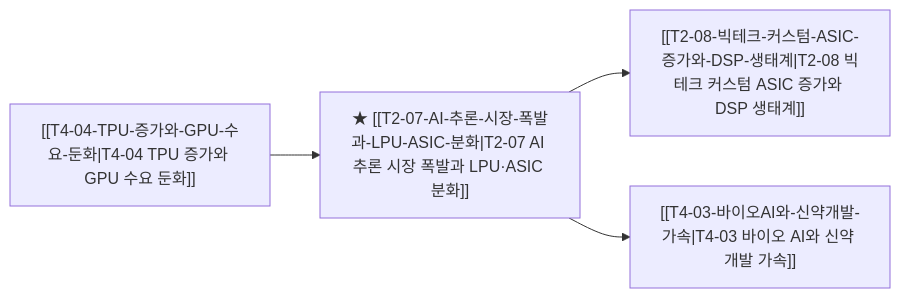
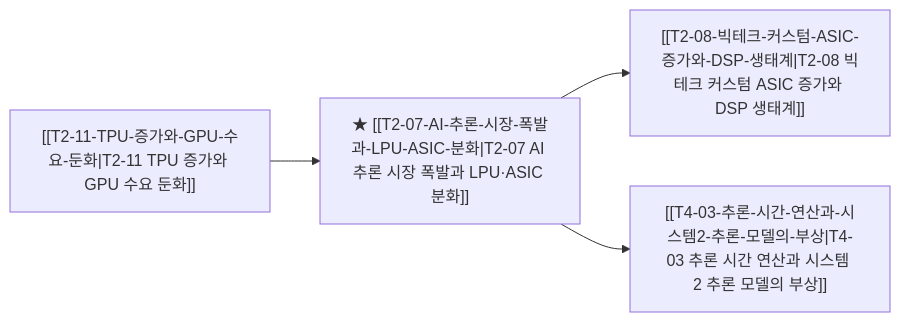
The diagram in thesis/T2-07-AI-추론-시장-폭발과-LPU-ASIC-분화.md (zoofighter/b_0901_Argus_pulse), drawn with Mermaid before and after one commit. The commit also changed other lines of this file and 94 other files, not shown here.

````diff
--- a/thesis/T2-07-AI-추론-시장-폭발과-LPU-ASIC-분화.md
+++ b/thesis/T2-07-AI-추론-시장-폭발과-LPU-ASIC-분화.md
@@ -71,6 +72,6 @@
 ```mermaid
 graph LR
-    P_T_06["[[T4-04-TPU-증가와-GPU-수요-둔화|T4-04 TPU 증가와 GPU 수요 둔화]]"] --> T_T_15["★ [[T2-07-AI-추론-시장-폭발과-LPU-ASIC-분화|T2-07 AI 추론 시장 폭발과 LPU·ASIC 분화]]"]
+    P_T_06["[[T2-11-TPU-증가와-GPU-수요-둔화|T2-11 TPU 증가와 GPU 수요 둔화]]"] --> T_T_15["★ [[T2-07-AI-추론-시장-폭발과-LPU-ASIC-분화|T2-07 AI 추론 시장 폭발과 LPU·ASIC 분화]]"]
     T_T_15["★ [[T2-07-AI-추론-시장-폭발과-LPU-ASIC-분화|T2-07 AI 추론 시장 폭발과 LPU·ASIC 분화]]"] --> D_T_24["[[T2-08-빅테크-커스텀-ASIC-증가와-DSP-생태계|T2-08 빅테크 커스텀 ASIC 증가와 DSP 생태계]]"]
-    T_T_15["★ [[T2-07-AI-추론-시장-폭발과-LPU-ASIC-분화|T2-07 AI 추론 시장 폭발과 LPU·ASIC 분화]]"] --> D_T_34["[[T4-03-바이오AI와-신약개발-가속|T4-03 바이오 AI와 신약 개발 가속]]"]
+    T_T_15["★ [[T2-07-AI-추론-시장-폭발과-LPU-ASIC-분화|T2-07 AI 추론 시장 폭발과 LPU·ASIC 분화]]"] --> D_T_34["[[T4-03-추론-시간-연산과-시스템2-추론-모델의-부상|T4-03 추론 시간 연산과 시스템 2 추론 모델의 부상]]"]
 ```
````
